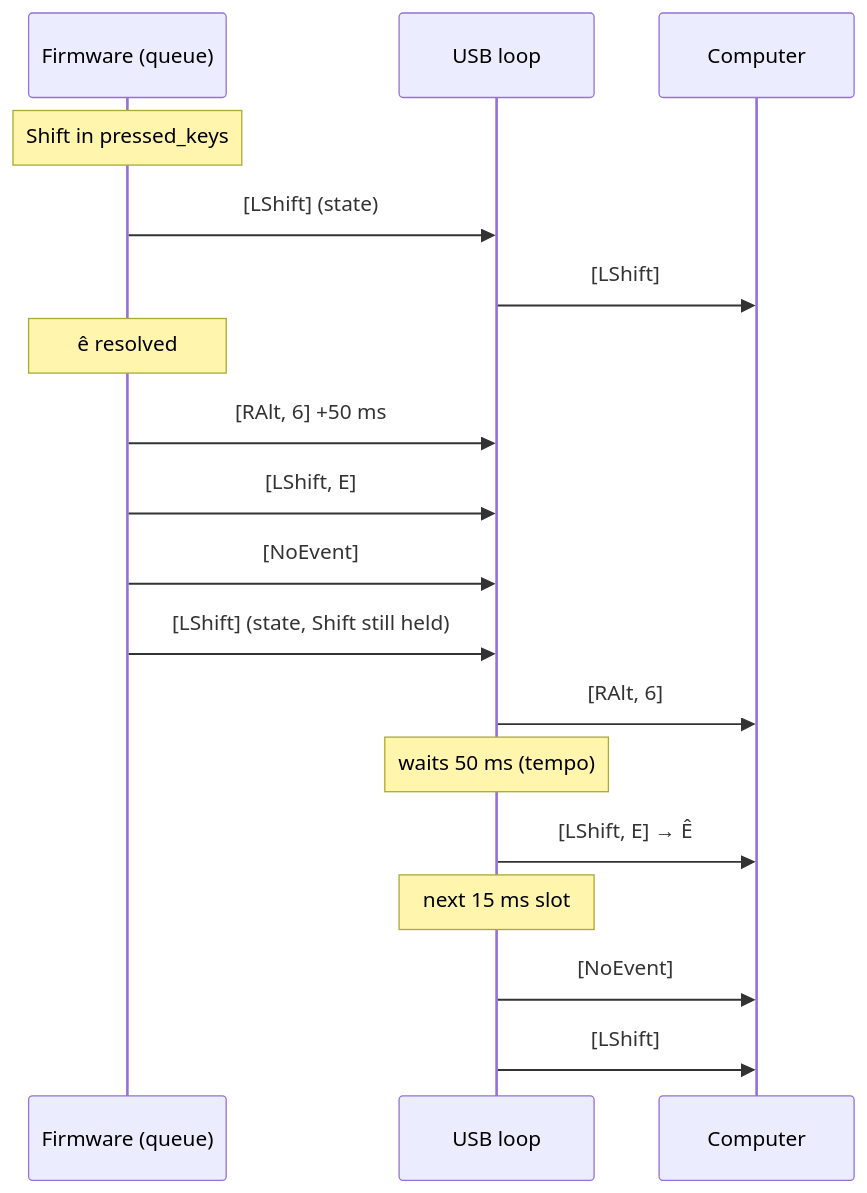
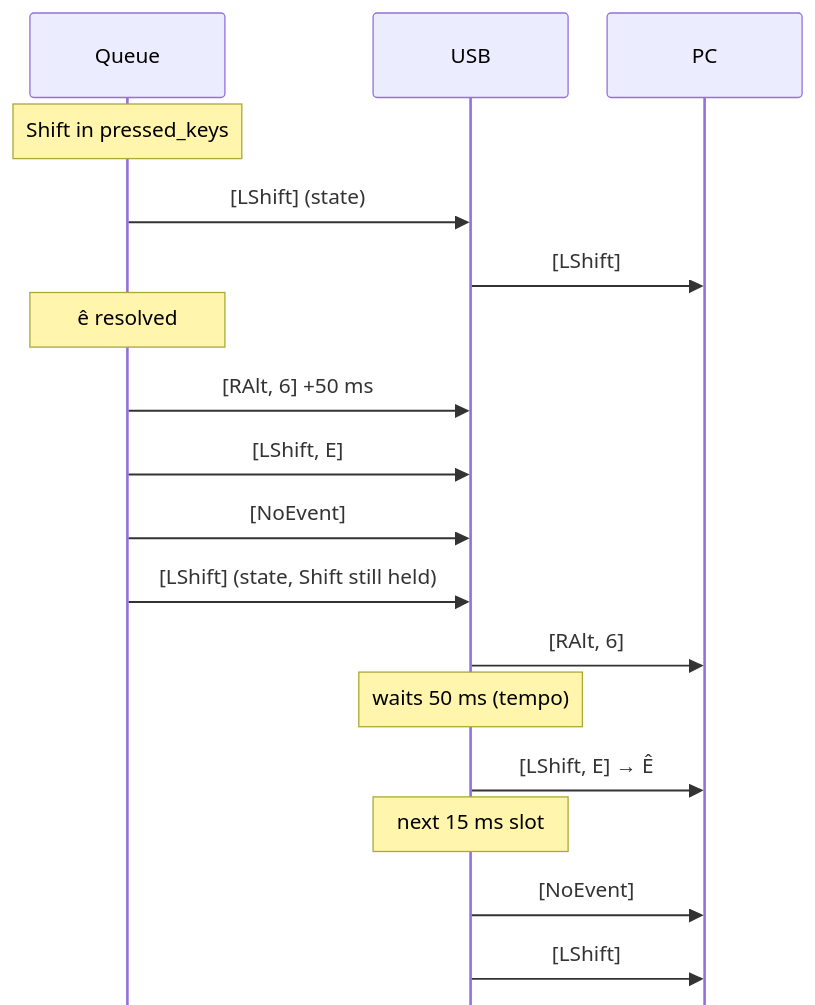
Before and after one commit to flinguenheld/rusty_chew: the fifth of 5 diagrams in docs/REPORTS.md, drawn with Mermaid. The commit also changed other lines of this file and 2 other files, not shown here.

````diff
--- a/docs/REPORTS.md
+++ b/docs/REPORTS.md
@@ -255,20 +269,21 @@
 ```mermaid
+%%{init: {"sequence": {"mirrorActors": false, "actorMargin": 30, "messageMargin": 20, "boxMargin": 5}}}%%
 sequenceDiagram
-    participant F as Firmware (queue)
-    participant U as USB loop
-    participant C as Computer
+    participant F as Queue
+    participant U as USB
+    participant C as PC
     Note over F: Shift in pressed_keys
     F->>U: [LShift] (state)
     U->>C: [LShift]
     Note over F: ê resolved
     F->>U: [RAlt, 6] +50 ms
     F->>U: [LShift, E]
     F->>U: [NoEvent]
     F->>U: [LShift] (state, Shift still held)
     U->>C: [RAlt, 6]
     Note over U: waits 50 ms (tempo)
     U->>C: [LShift, E] → Ê
     Note over U: next 15 ms slot
     U->>C: [NoEvent]
     U->>C: [LShift]
 ```
````
